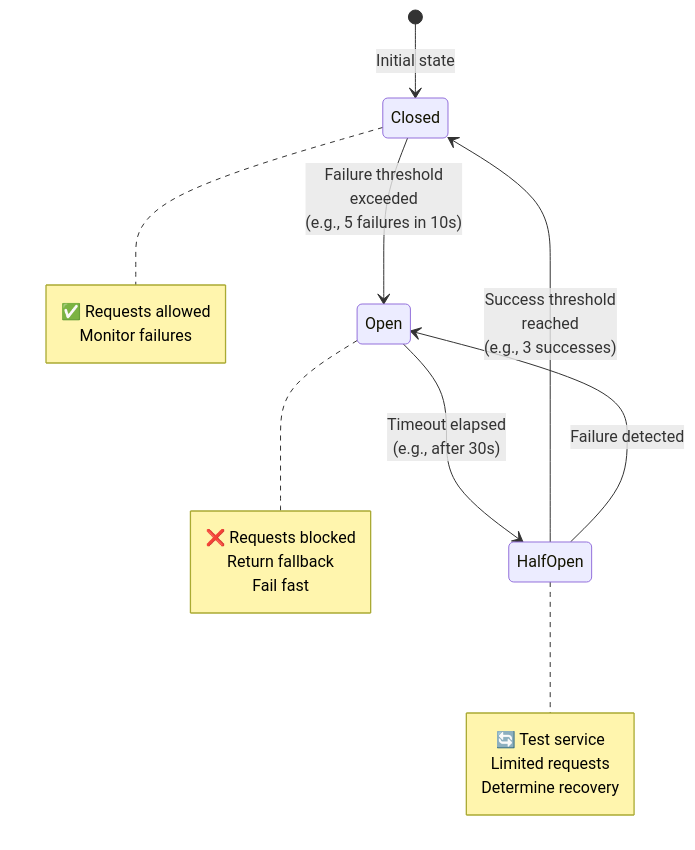
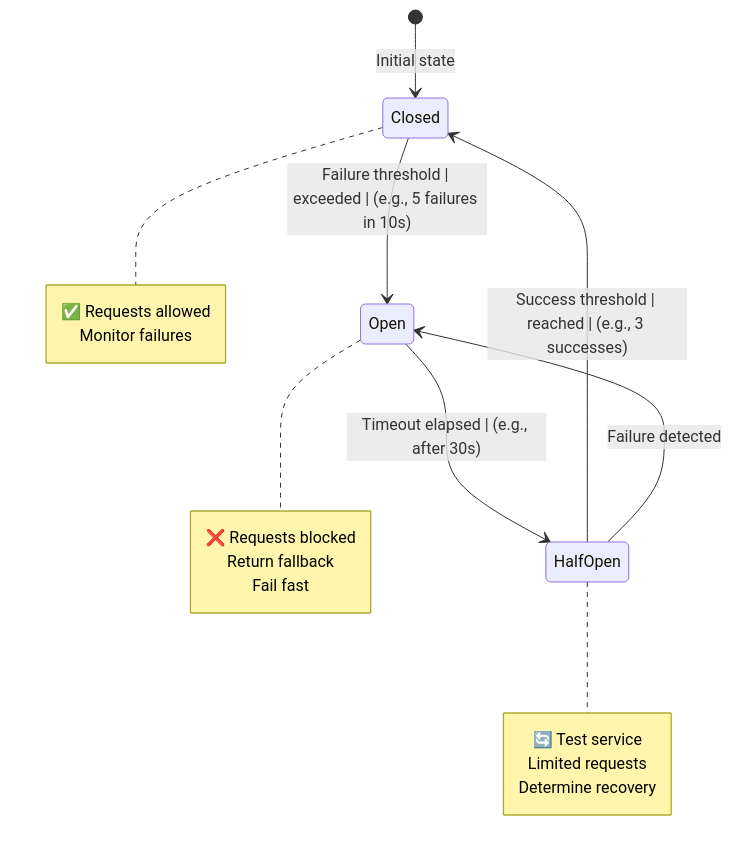
One commit to p1kmr/for-reading changed the sixth of 18 diagrams in HLD/foundation/09_microservices.md. Above: the diagram before and after it, drawn with Mermaid. The commit also changed other lines of this file and 14 other files, not shown here.

Commit message:
Fix Mermaid diagram syntax: Replace <br/> with <br> for GitHub compatibility

````diff
--- a/HLD/foundation/09_microservices.md
+++ b/HLD/foundation/09_microservices.md
@@ -297,29 +297,29 @@
 ```mermaid
 stateDiagram-v2
     [*] --> Closed: Initial state
 
-    Closed --> Open: Failure threshold<br/>exceeded<br/>(e.g., 5 failures in 10s)
+    Closed --> Open: Failure threshold | exceeded | (e.g., 5 failures in 10s)
 
-    Open --> HalfOpen: Timeout elapsed<br/>(e.g., after 30s)
+    Open --> HalfOpen: Timeout elapsed | (e.g., after 30s)
 
-    HalfOpen --> Closed: Success threshold<br/>reached<br/>(e.g., 3 successes)
+    HalfOpen --> Closed: Success threshold | reached | (e.g., 3 successes)
 
     HalfOpen --> Open: Failure detected
 
     note right of Closed
         ✅ Requests allowed
         Monitor failures
     end note
 
     note right of Open
         ❌ Requests blocked
         Return fallback
         Fail fast
     end note
 
     note right of HalfOpen
         🔄 Test service
         Limited requests
         Determine recovery
     end note
 ```
````
